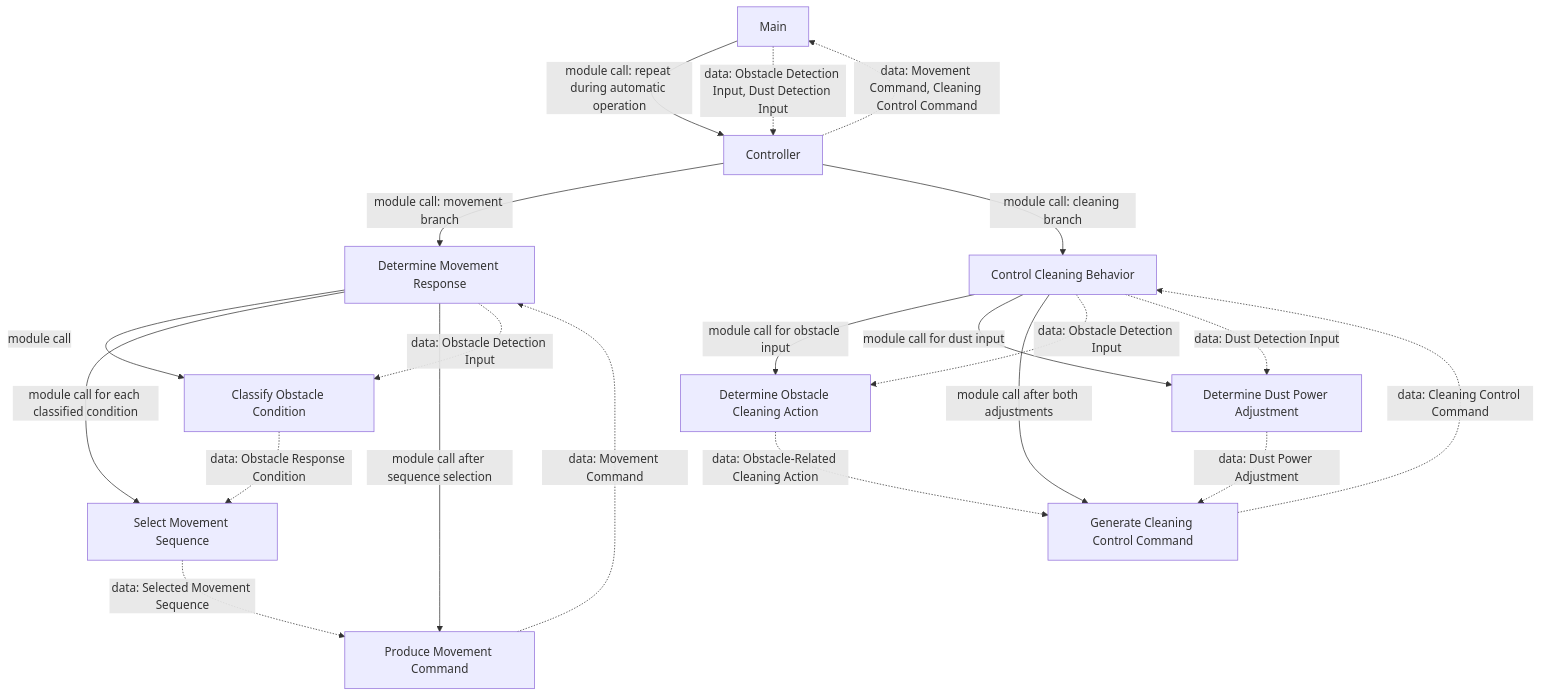
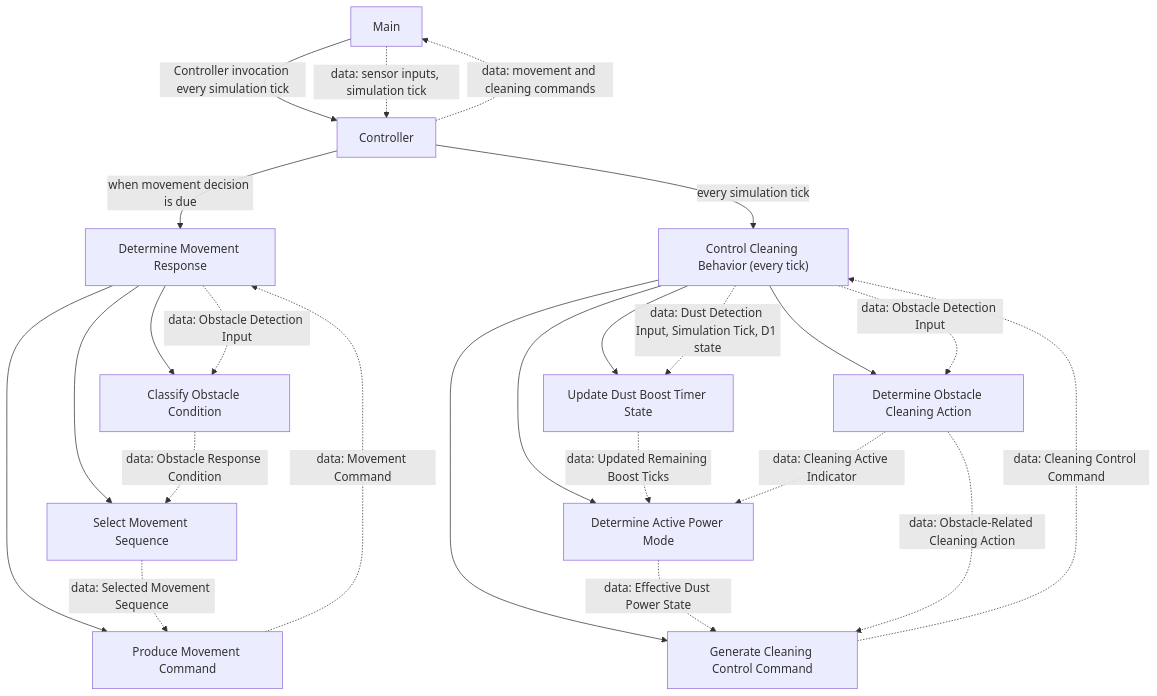
One commit to KONKUK-SWE-2026/RVC-SASD-AI changed the diagram in artifacts/SD/structure_chart.md. Above: the diagram before and after it, drawn with Mermaid. The commit also changed other lines of this file and 58 other files, not shown here.

````diff
--- a/artifacts/SD/structure_chart.md
+++ b/artifacts/SD/structure_chart.md
@@ -16,41 +9,41 @@
 ```mermaid
 flowchart TB
     Main["Main"]
     Controller["Controller"]
     Movement["Determine Movement Response"]
-    Cleaning["Control Cleaning Behavior"]
+    Cleaning["Control Cleaning Behavior (every tick)"]
 
     Classify["Classify Obstacle Condition"]
     Select["Select Movement Sequence"]
     ProduceMovement["Produce Movement Command"]
 
     ObstacleCleaning["Determine Obstacle Cleaning Action"]
-    DustAdjustment["Determine Dust Power Adjustment"]
+    UpdateBoost["Update Dust Boost Timer State"]
+    PowerMode["Determine Active Power Mode"]
     ProduceCleaning["Generate Cleaning Control Command"]
 
-    Main -->|module call: repeat during automatic operation| Controller
-    Controller -->|module call: movement branch| Movement
-    Controller -->|module call: cleaning branch| Cleaning
+    Main -->|Controller invocation every simulation tick| Controller
+    Controller -->|when movement decision is due| Movement
+    Controller -->|every simulation tick| Cleaning
+    Movement --> Classify
+    Movement --> Select
+    Movement --> ProduceMovement
+    Cleaning --> ObstacleCleaning
+    Cleaning --> UpdateBoost
+    Cleaning --> PowerMode
+    Cleaning --> ProduceCleaning
 
-    Movement -->|module call| Classify
-    Movement -->|module call for each classified condition| Select
-    Movement -->|module call after sequence selection| ProduceMovement
-
-    Cleaning -->|module call for obstacle input| ObstacleCleaning
-    Cleaning -->|module call for dust input| DustAdjustment
-    Cleaning -->|module call after both adjustments| ProduceCleaning
-
-    Main -.->|data: Obstacle Detection Input, Dust Detection Input| Controller
-    Controller -.->|data: Movement Command, Cleaning Control Command| Main
-
+    Main -.->|data: sensor inputs, simulation tick| Controller
+    Controller -.->|data: movement and cleaning commands| Main
     Movement -.->|data: Obstacle Detection Input| Classify
     Classify -.->|data: Obstacle Response Condition| Select
     Select -.->|data: Selected Movement Sequence| ProduceMovement
     ProduceMovement -.->|data: Movement Command| Movement
-
     Cleaning -.->|data: Obstacle Detection Input| ObstacleCleaning
-    Cleaning -.->|data: Dust Detection Input| DustAdjustment
+    Cleaning -.->|data: Dust Detection Input, Simulation Tick, D1 state| UpdateBoost
+    UpdateBoost -.->|data: Updated Remaining Boost Ticks| PowerMode
+    ObstacleCleaning -.->|data: Cleaning Active Indicator| PowerMode
+    PowerMode -.->|data: Effective Dust Power State| ProduceCleaning
     ObstacleCleaning -.->|data: Obstacle-Related Cleaning Action| ProduceCleaning
-    DustAdjustment -.->|data: Dust Power Adjustment| ProduceCleaning
     ProduceCleaning -.->|data: Cleaning Control Command| Cleaning
 ```
````
